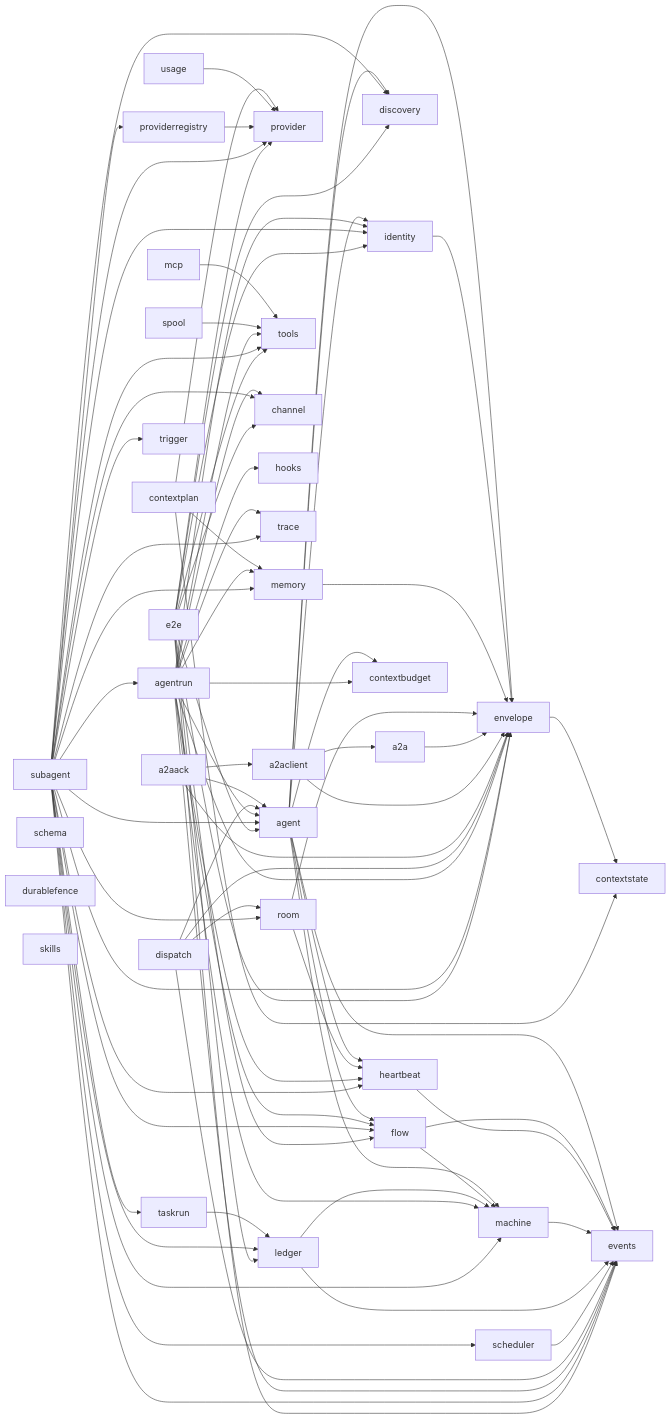
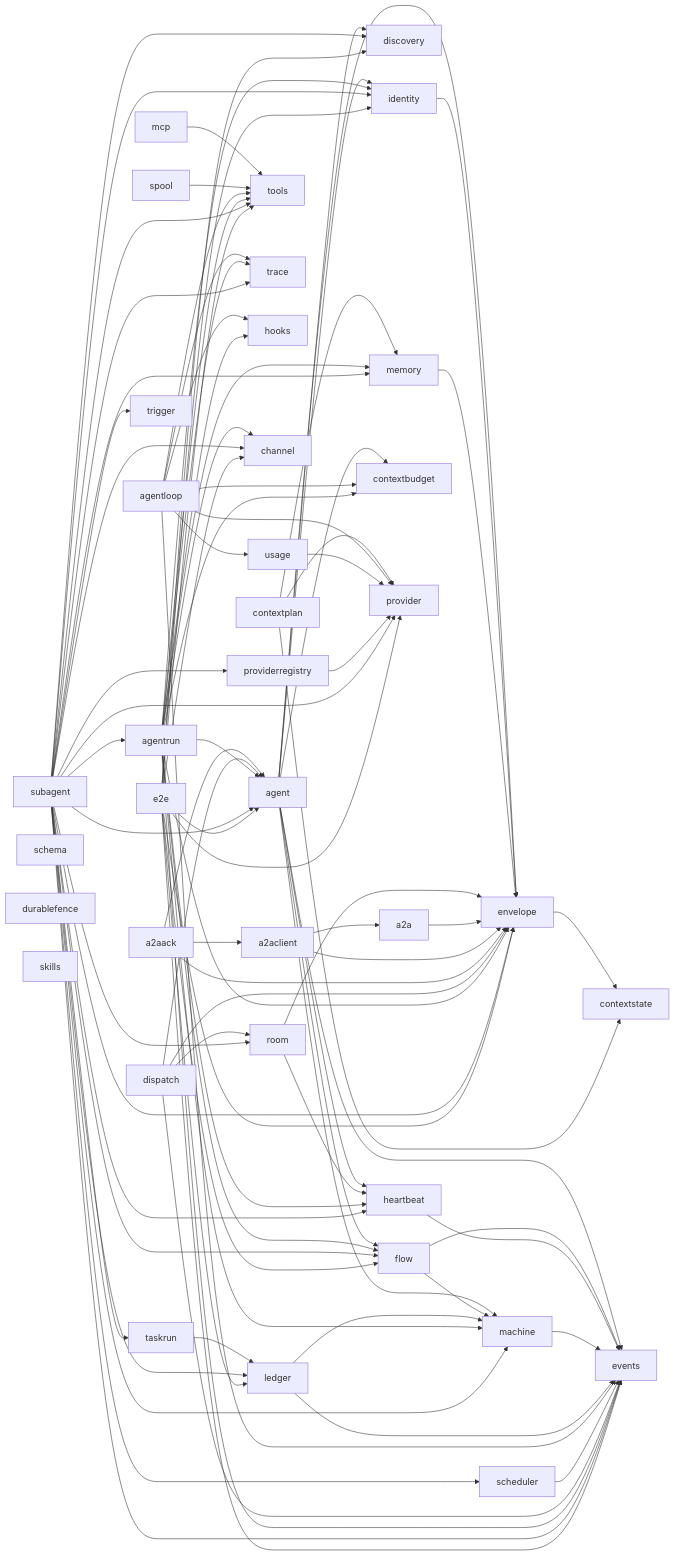
Before and after one commit to MiviaLabs/mivia-ai-sdk: the first of 2 diagrams in docs/architecture.md, drawn with Mermaid. The commit also changed other lines of this file and 5 other files, not shown here.

First line of the commit message:
docs(agentloop,tools,spool): close post-ship doc drift

```diff
--- a/docs/architecture.md
+++ b/docs/architecture.md
@@ -57,6 +57,13 @@
     a2aclient --> envelope
     mcp --> tools
     spool --> tools
+    agentloop --> provider
+    agentloop --> tools
+    agentloop --> trace
+    agentloop --> hooks
+    agentloop --> usage
+    agentloop --> events
+    agentloop --> contextbudget
     usage --> provider
     providerregistry --> provider
     scheduler --> events
```
